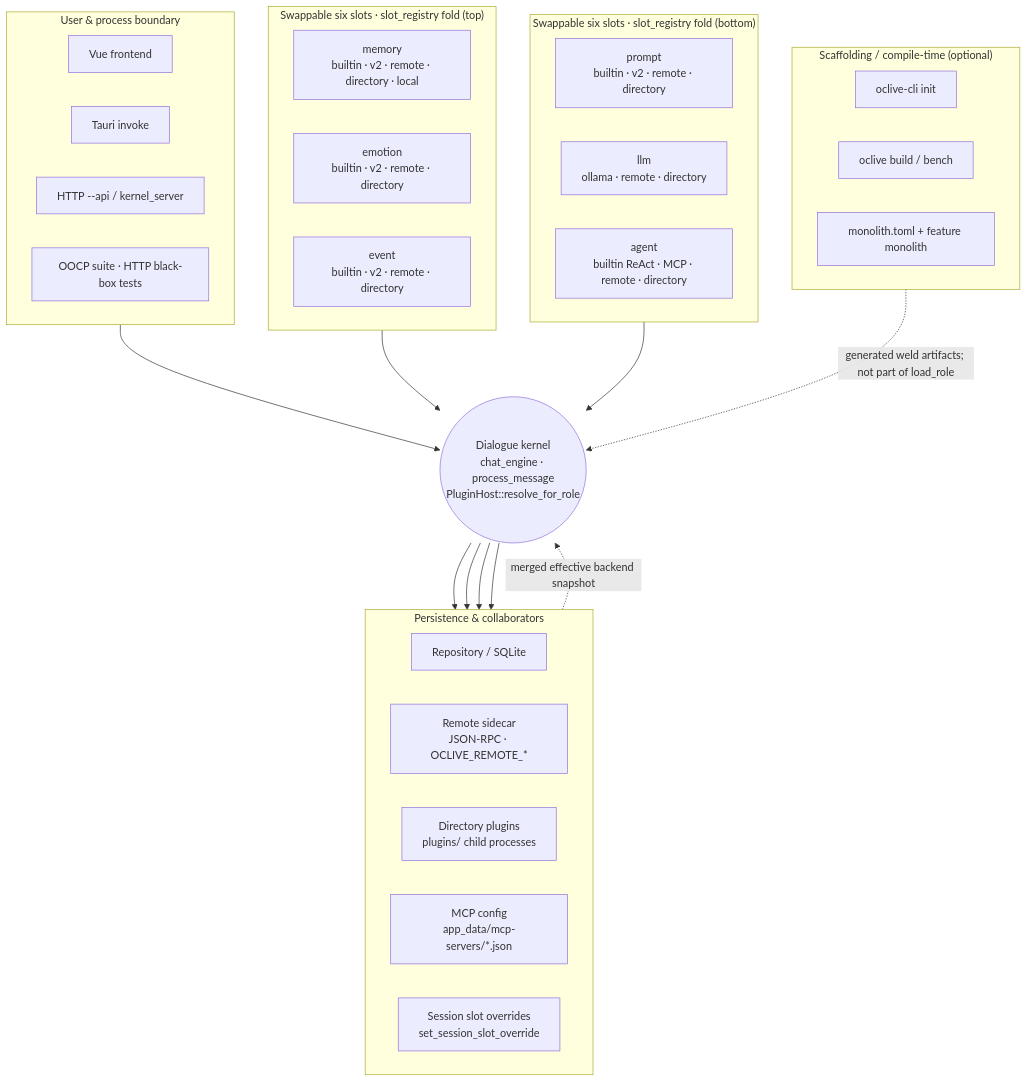
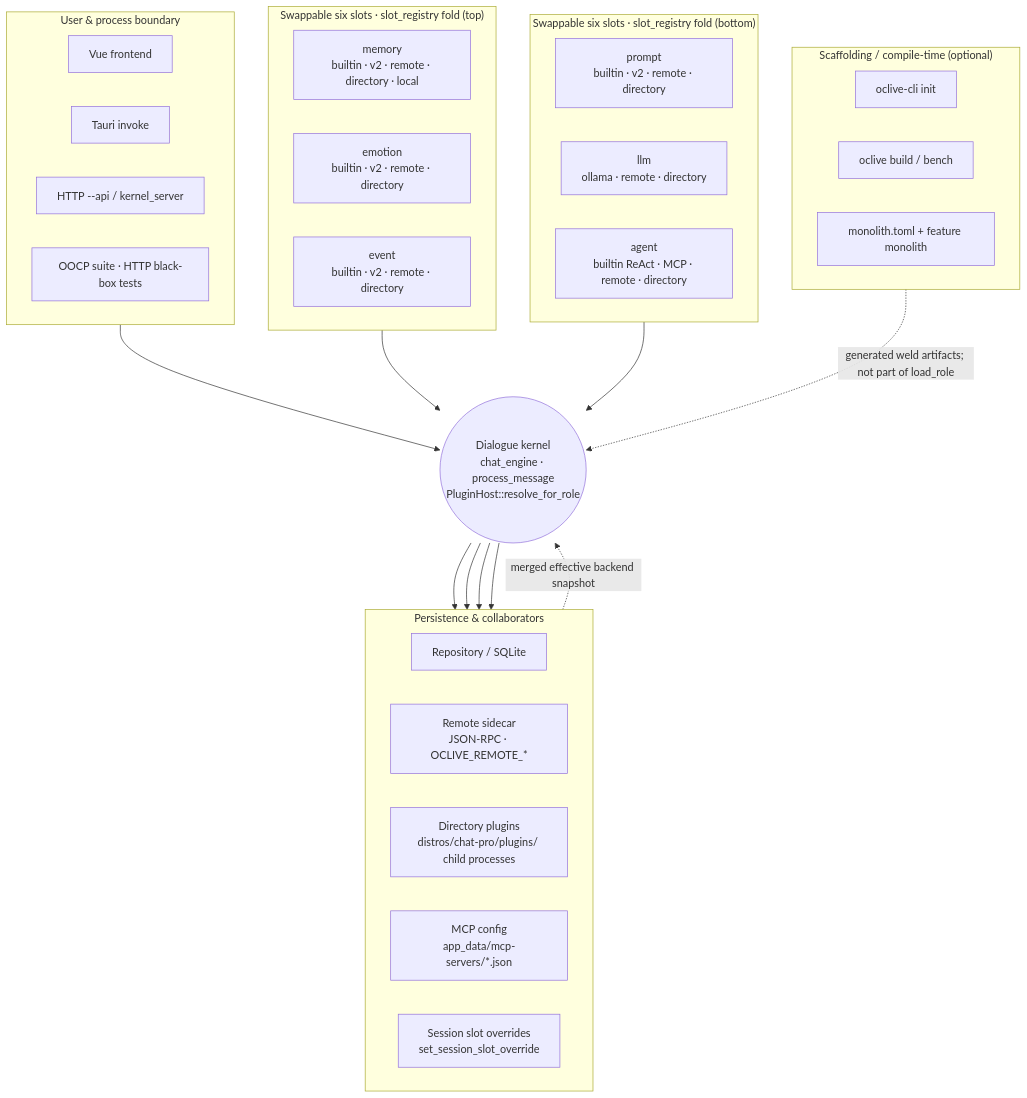
One commit to linkaiheng2233-cyber/oclivenewnew changed the first of 2 diagrams in creator-docs-en/getting-started/KERNEL_AND_MODULES_ARCHITECTURE.md. Above: the diagram before and after it, drawn with Mermaid. The commit also changed 205 other files, not shown here.

````diff
--- a/creator-docs-en/getting-started/KERNEL_AND_MODULES_ARCHITECTURE.md
+++ b/creator-docs-en/getting-started/KERNEL_AND_MODULES_ARCHITECTURE.md
@@ -17,52 +17,52 @@
 ```mermaid
 flowchart TB
   subgraph boundary["User & process boundary"]
     direction LR
     UI["Vue frontend"]
     TAURI["Tauri invoke"]
     API["HTTP --api / kernel_server"]
     OOCP["OOCP suite · HTTP black-box tests"]
   end
 
   subgraph six_top["Swappable six slots · slot_registry fold (top)"]
     direction LR
     M["memory<br/>builtin · v2 · remote · directory · local"]
     EM["emotion<br/>builtin · v2 · remote · directory"]
     EV["event<br/>builtin · v2 · remote · directory"]
   end
 
   K(("Dialogue kernel<br/>chat_engine · process_message<br/>PluginHost::resolve_for_role"))
 
   subgraph six_bot["Swappable six slots · slot_registry fold (bottom)"]
     direction LR
     PR["prompt<br/>builtin · v2 · remote · directory"]
     LL["llm<br/>ollama · remote · directory"]
     AG["agent<br/>builtin ReAct · MCP · remote · directory"]
   end
 
   subgraph infra["Persistence & collaborators"]
     direction LR
     REPO["Repository / SQLite"]
     RMT["Remote sidecar<br/>JSON-RPC · OCLIVE_REMOTE_*"]
-    DIR["Directory plugins<br/>plugins/ child processes"]
+    DIR["Directory plugins<br/>distros/chat-pro/plugins/ child processes"]
     MCP["MCP config<br/>app_data/mcp-servers/*.json"]
     SESS["Session slot overrides<br/>set_session_slot_override"]
   end
 
   subgraph toolchain["Scaffolding / compile-time (optional)"]
     direction LR
     OCLI["oclive-cli init"]
     BUILD["oclive build / bench"]
     MONO["monolith.toml + feature monolith"]
   end
 
   boundary --> K
   six_top --> K
   six_bot --> K
   K --> REPO
   K --> RMT
   K --> DIR
   K --> MCP
   SESS -.->|merged effective backend snapshot| K
   toolchain -.->|generated weld artifacts; not part of load_role| K
 ```
````
